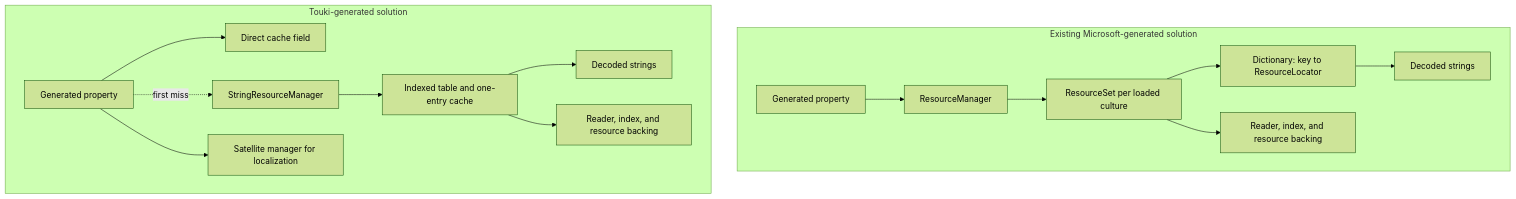
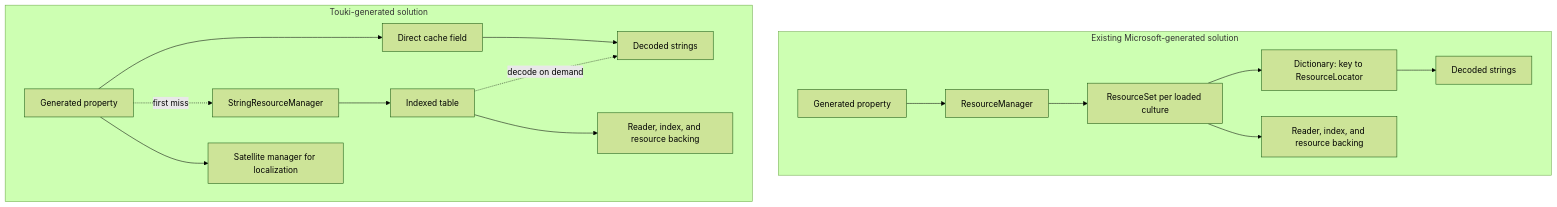
Before and after one commit to JeremyKuhne/touki: the diagram in docs/string-resource-manager-solution.md, drawn with Mermaid (forest theme). The commit also changed other lines of this file and 34 other files, not shown here.

````diff
--- a/docs/string-resource-manager-solution.md
+++ b/docs/string-resource-manager-solution.md
@@ -46,19 +51,20 @@
 ```mermaid
 flowchart TB
     subgraph Existing[Existing Microsoft-generated solution]
         M1[Generated property] --> M2[ResourceManager]
         M2 --> M3[ResourceSet per loaded culture]
         M3 --> M4[Dictionary: key to ResourceLocator]
         M4 --> M5[Decoded strings]
         M3 --> M6[Reader, index, and resource backing]
     end
 
     subgraph Touki[Touki-generated solution]
         T1[Generated property] --> T2[Direct cache field]
         T1 -. first miss .-> T3[StringResourceManager]
-        T3 --> T4[Indexed table and one-entry cache]
-        T4 --> T5[Decoded strings]
+        T3 --> T4[Indexed table]
+        T4 -. decode on demand .-> T5[Decoded strings]
+        T2 --> T5
         T4 --> T6[Reader, index, and resource backing]
         T1 --> T7[Satellite manager for localization]
     end
 ```
````
